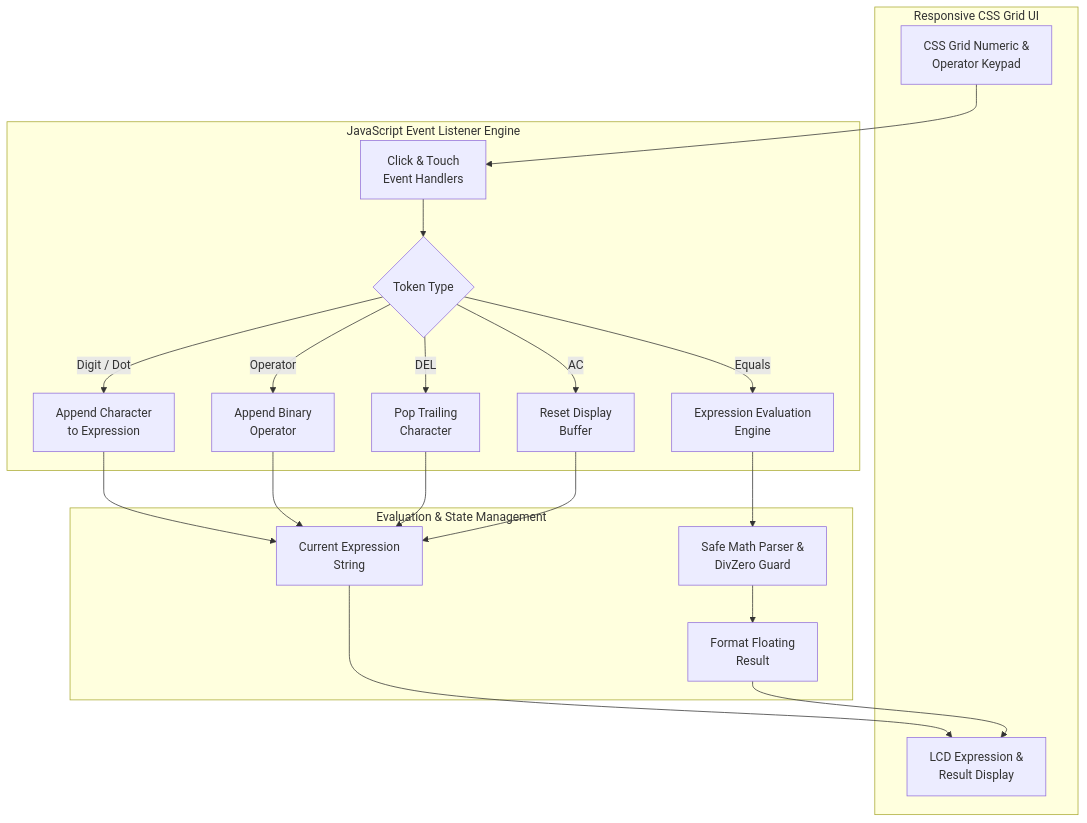
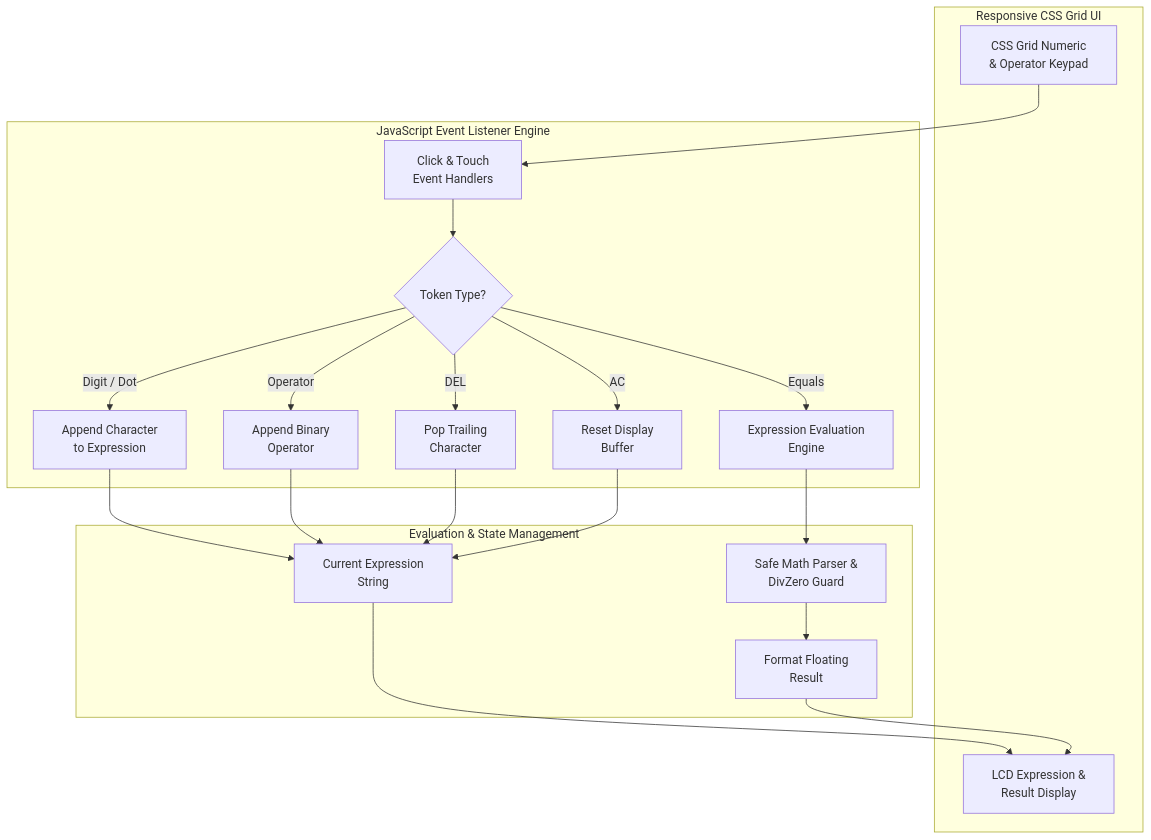
Before and after one commit to ISBANDURAHUMAN-R/_CALCULATOR_: the diagram in README.md, drawn with Mermaid.

Commit message:
docs: fix Mermaid label truncation with line wrapping and non-clipping padding

````diff
--- a/README.md
+++ b/README.md
@@ -19,28 +19,28 @@
 ```mermaid
 graph TD
-    subgraph View ["Responsive CSS Grid UI"]
-        Display["LCD Expression &<br/>Result Display"]
-        Keypad["CSS Grid Numeric &<br/>Operator Keypad"]
+    subgraph View ["&nbsp; Responsive CSS Grid UI &nbsp;"]
+        Display["&nbsp; LCD Expression &amp; &nbsp;<br/>&nbsp; Result Display &nbsp;"]
+        Keypad["&nbsp; CSS Grid Numeric &nbsp;<br/>&nbsp; &amp; Operator Keypad &nbsp;"]
     end
 
-    subgraph Controller ["JavaScript Event Listener Engine"]
-        Keypad --> ClickEvent["Click & Touch<br/>Event Handlers"]
-        ClickEvent --> ActionRouter{"Token Type"}
-        ActionRouter -- Digit / Dot --> TokenAppend["Append Character<br/>to Expression"]
-        ActionRouter -- Operator --> OpAppend["Append Binary<br/>Operator"]
-        ActionRouter -- AC --> ClearAll["Reset Display<br/>Buffer"]
-        ActionRouter -- DEL --> DelChar["Pop Trailing<br/>Character"]
-        ActionRouter -- Equals --> EvalEngine["Expression Evaluation<br/>Engine"]
+    subgraph Controller ["&nbsp; JavaScript Event Listener Engine &nbsp;"]
+        Keypad --> ClickEvent["&nbsp; Click &amp; Touch &nbsp;<br/>&nbsp; Event Handlers &nbsp;"]
+        ClickEvent --> ActionRouter{"&nbsp; Token Type? &nbsp;"}
+        ActionRouter -- Digit / Dot --> TokenAppend["&nbsp; Append Character &nbsp;<br/>&nbsp; to Expression &nbsp;"]
+        ActionRouter -- Operator --> OpAppend["&nbsp; Append Binary &nbsp;<br/>&nbsp; Operator &nbsp;"]
+        ActionRouter -- AC --> ClearAll["&nbsp; Reset Display &nbsp;<br/>&nbsp; Buffer &nbsp;"]
+        ActionRouter -- DEL --> DelChar["&nbsp; Pop Trailing &nbsp;<br/>&nbsp; Character &nbsp;"]
+        ActionRouter -- Equals --> EvalEngine["&nbsp; Expression Evaluation &nbsp;<br/>&nbsp; Engine &nbsp;"]
     end
 
-    subgraph Evaluation ["Evaluation & State Management"]
-        TokenAppend --> Buffer["Current Expression<br/>String"]
+    subgraph Evaluation ["&nbsp; Evaluation &amp; State Management &nbsp;"]
+        TokenAppend --> Buffer["&nbsp; Current Expression &nbsp;<br/>&nbsp; String &nbsp;"]
         OpAppend --> Buffer
         DelChar --> Buffer
         ClearAll --> Buffer
         Buffer --> Display
-        EvalEngine --> SafeParse["Safe Math Parser &<br/>DivZero Guard"]
-        SafeParse --> OutputState["Format Floating<br/>Result"]
+        EvalEngine --> SafeParse["&nbsp; Safe Math Parser &amp; &nbsp;<br/>&nbsp; DivZero Guard &nbsp;"]
+        SafeParse --> OutputState["&nbsp; Format Floating &nbsp;<br/>&nbsp; Result &nbsp;"]
         OutputState --> Display
     end
 ```
````
